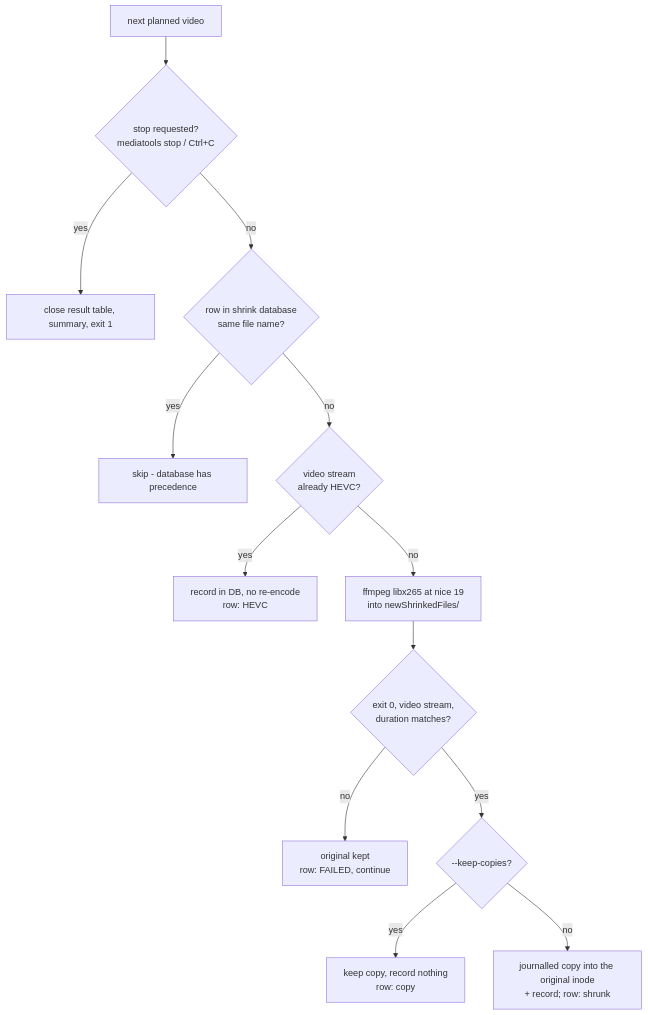
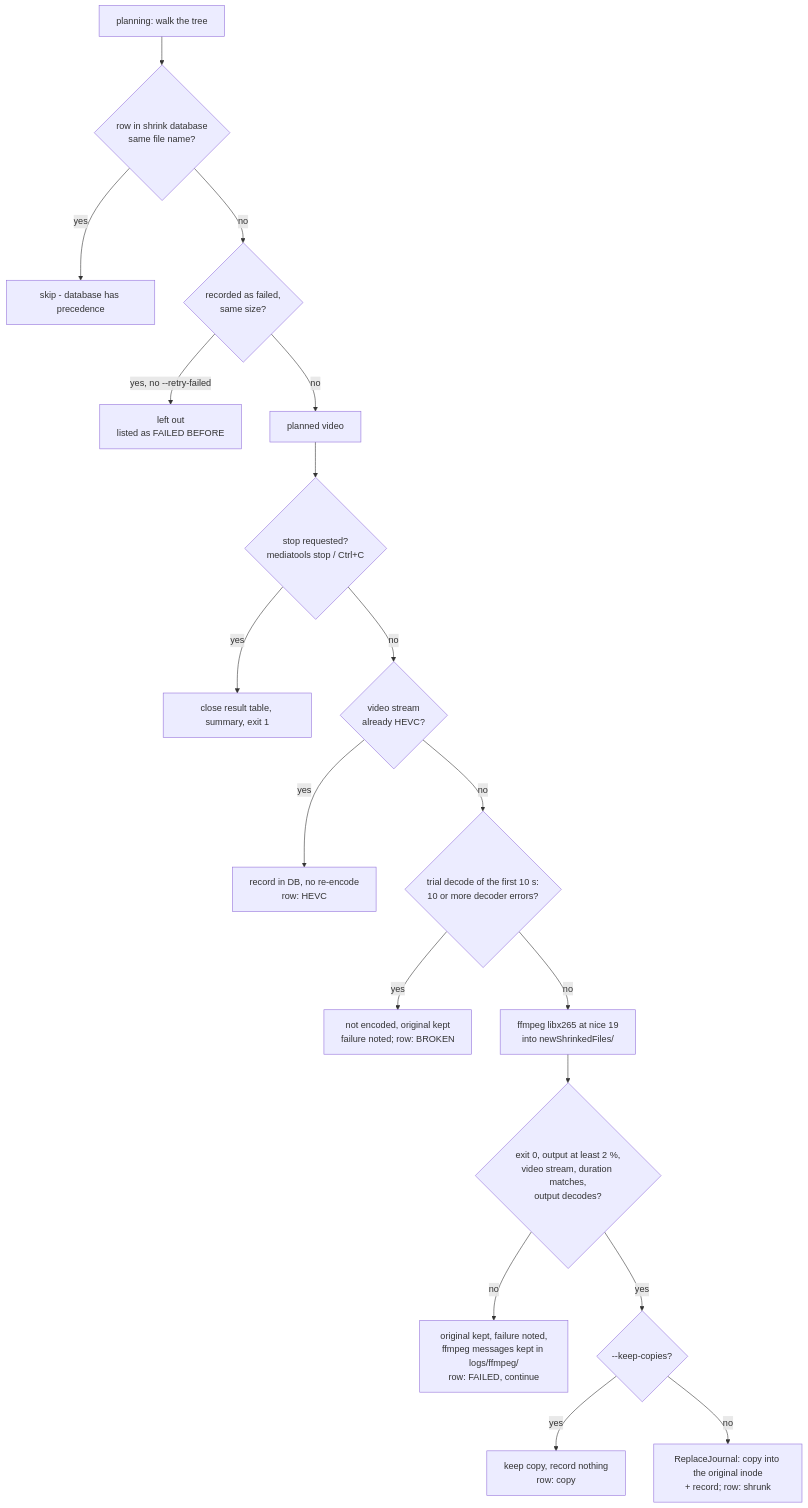
Before and after one commit to peddanet/mediatools: the diagram in docs/img/shrink_flow.mmd, drawn with Mermaid. The commit also changed 28 other files, not shown here.

```diff
--- a/docs/img/shrink_flow.mmd
+++ b/docs/img/shrink_flow.mmd
@@ -1,13 +1,18 @@
 flowchart TD
-  A[next planned video] --> X{stop requested?<br/>mediatools stop / Ctrl+C}
+  P0[planning: walk the tree] --> P1{row in shrink database<br/>same file name?}
+  P1 -- yes --> S[skip - database has precedence]
+  P1 -- no --> P2{recorded as failed,<br/>same size?}
+  P2 -- "yes, no --retry-failed" --> FB[left out<br/>listed as FAILED BEFORE]
+  P2 -- no --> A[planned video]
+  A --> X{stop requested?<br/>mediatools stop / Ctrl+C}
   X -- yes --> END[close result table, summary, exit 1]
-  X -- no --> B{row in shrink database<br/>same file name?}
-  B -- yes --> S[skip - database has precedence]
-  B -- no --> C{video stream<br/>already HEVC?}
+  X -- no --> C{video stream<br/>already HEVC?}
   C -- yes --> R1[record in DB, no re-encode<br/>row: HEVC]
-  C -- no --> E[ffmpeg libx265 at nice 19<br/>into newShrinkedFiles/]
-  E --> V{exit 0, video stream,<br/>duration matches?}
-  V -- no --> F[original kept<br/>row: FAILED, continue]
+  C -- no --> TD{trial decode of the first 10 s:<br/>10 or more decoder errors?}
+  TD -- yes --> BR[not encoded, original kept<br/>failure noted; row: BROKEN]
+  TD -- no --> E[ffmpeg libx265 at nice 19<br/>into newShrinkedFiles/]
+  E --> V{exit 0, output at least 2 %,<br/>video stream, duration matches,<br/>output decodes?}
+  V -- no --> F[original kept, failure noted,<br/>ffmpeg messages kept in logs/ffmpeg/<br/>row: FAILED, continue]
   V -- yes --> K{--keep-copies?}
   K -- yes --> KC[keep copy, record nothing<br/>row: copy]
-  K -- no --> W[journalled copy into the original inode<br/>+ record; row: shrunk]
+  K -- no --> W[ReplaceJournal: copy into the original inode<br/>+ record; row: shrunk]
```
